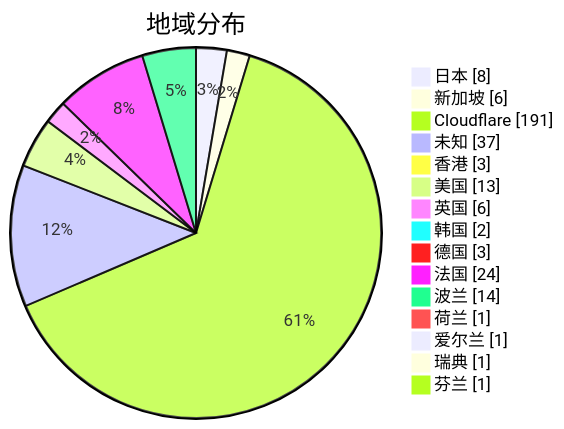
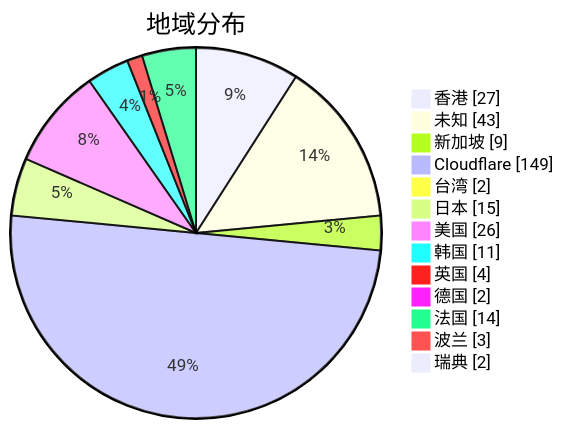
The second of 3 diagrams in subs/statistics/tested_within.md (qjlxg/airport), drawn with Mermaid before and after one commit. The commit also changed other lines of this file and 2 other files, not shown here.

Commit message:
Tested by metaST

````diff
--- a/subs/statistics/tested_within.md
+++ b/subs/statistics/tested_within.md
@@ -14,19 +13,17 @@
 ```mermaid
 pie showData
 title 地域分布
-"日本" : 8
-"新加坡" : 6
-"Cloudflare" : 191
-"未知" : 37
-"香港" : 3
-"美国" : 13
-"英国" : 6
-"韩国" : 2
-"德国" : 3
-"法国" : 24
-"波兰" : 14
-"荷兰" : 1
-"爱尔兰" : 1
-"瑞典" : 1
-"芬兰" : 1
+"香港" : 27
+"未知" : 43
+"新加坡" : 9
+"Cloudflare" : 149
+"台湾" : 2
+"日本" : 15
+"美国" : 26
+"韩国" : 11
+"英国" : 4
+"德国" : 2
+"法国" : 14
+"波兰" : 3
+"瑞典" : 2
 ```
````
